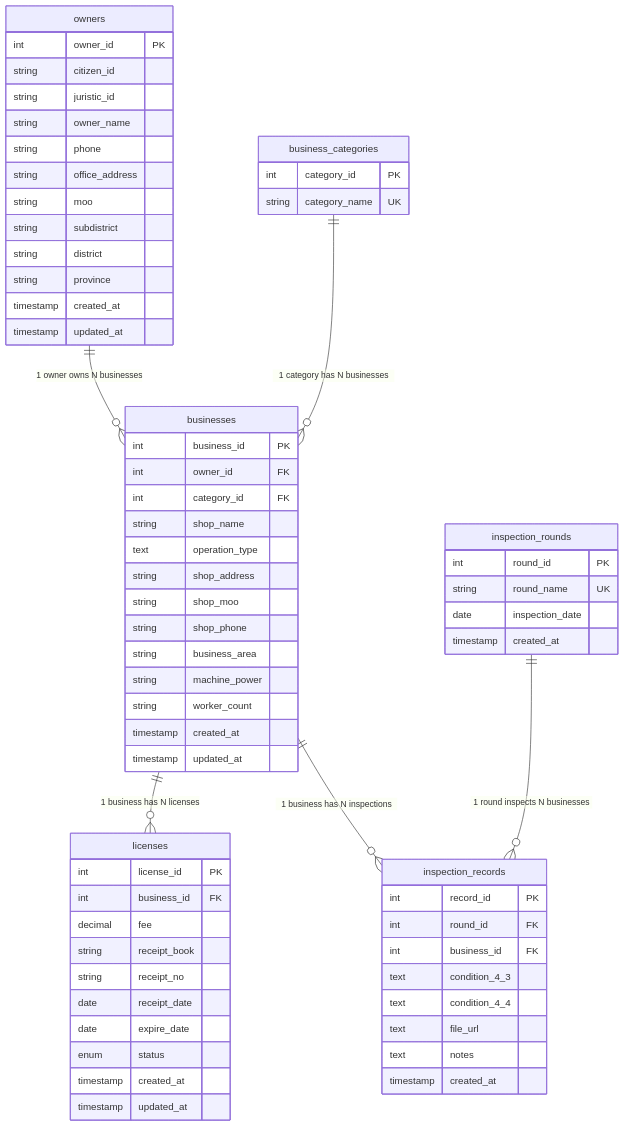
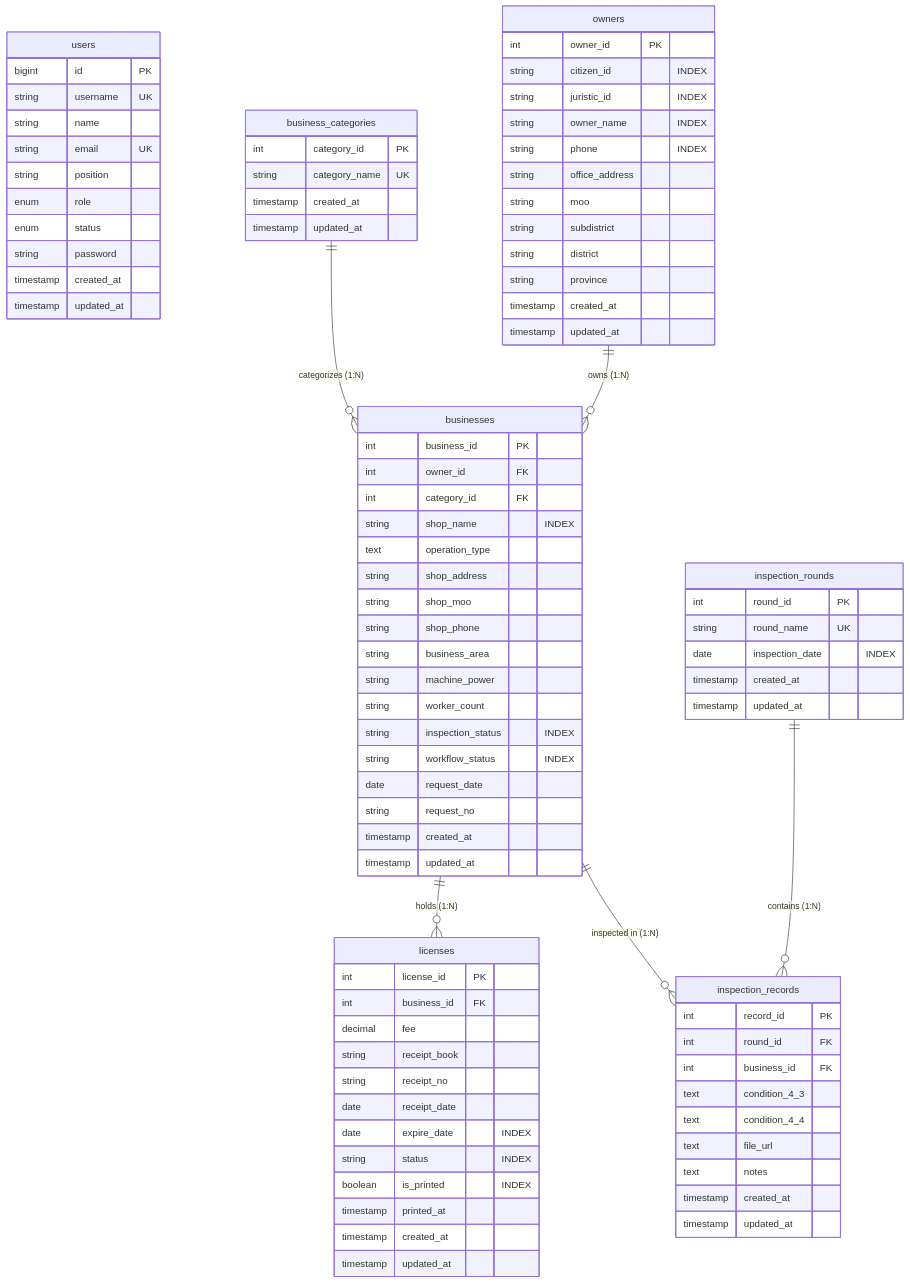
One commit to 384-SupawitWongsupa/ESFD changed the first of 4 diagrams in PROJECT_DOCUMENTATION.md. Above: the diagram before and after it, drawn with Mermaid. The commit also changed other lines of this file, not shown here.

Commit message:
docs: add comprehensive system architecture, features, and detailed database schema documentation

````diff
--- a/PROJECT_DOCUMENTATION.md
+++ b/PROJECT_DOCUMENTATION.md
@@ -41,17 +72,37 @@
 ```mermaid
 erDiagram
-    owners ||--o{ businesses : "1 owner owns N businesses"
-    business_categories ||--o{ businesses : "1 category has N businesses"
-    businesses ||--o{ licenses : "1 business has N licenses"
-    businesses ||--o{ inspection_records : "1 business has N inspections"
-    inspection_rounds ||--o{ inspection_records : "1 round inspects N businesses"
+    users {
+        bigint id PK
+        string username UK
+        string name
+        string email UK
+        string position
+        enum role
+        enum status
+        string password
+        timestamp created_at
+        timestamp updated_at
+    }
+
+    business_categories ||--o{ businesses : "categorizes (1:N)"
+    owners ||--o{ businesses : "owns (1:N)"
+    businesses ||--o{ licenses : "holds (1:N)"
+    businesses ||--o{ inspection_records : "inspected in (1:N)"
+    inspection_rounds ||--o{ inspection_records : "contains (1:N)"
+
+    business_categories {
+        int category_id PK
+        string category_name UK
+        timestamp created_at
+        timestamp updated_at
+    }
 
     owners {
         int owner_id PK
-        string citizen_id
-        string juristic_id
-        string owner_name
-        string phone
+        string citizen_id "INDEX"
+        string juristic_id "INDEX"
+        string owner_name "INDEX"
+        string phone "INDEX"
         string office_address
         string moo
         string subdistrict
@@ -61,16 +112,11 @@
         timestamp updated_at
     }
 
-    business_categories {
-        int category_id PK
-        string category_name UK
-    }
-
     businesses {
         int business_id PK
         int owner_id FK
         int category_id FK
-        string shop_name
+        string shop_name "INDEX"
         text operation_type
         string shop_address
         string shop_moo
@@ -78,6 +124,10 @@
         string business_area
         string machine_power
         string worker_count
+        string inspection_status "INDEX"
+        string workflow_status "INDEX"
+        date request_date
+        string request_no
         timestamp created_at
         timestamp updated_at
     }
@@ -89,8 +139,10 @@
         string receipt_book
         string receipt_no
         date receipt_date
-        date expire_date
-        enum status
+        date expire_date "INDEX"
+        string status "INDEX"
+        boolean is_printed "INDEX"
+        timestamp printed_at
         timestamp created_at
         timestamp updated_at
     }
@@ -98,8 +150,9 @@
     inspection_rounds {
         int round_id PK
         string round_name UK
-        date inspection_date
+        date inspection_date "INDEX"
         timestamp created_at
+        timestamp updated_at
     }
 
     inspection_records {
@@ -111,5 +164,6 @@
         text file_url
         text notes
         timestamp created_at
+        timestamp updated_at
     }
 ```
````
